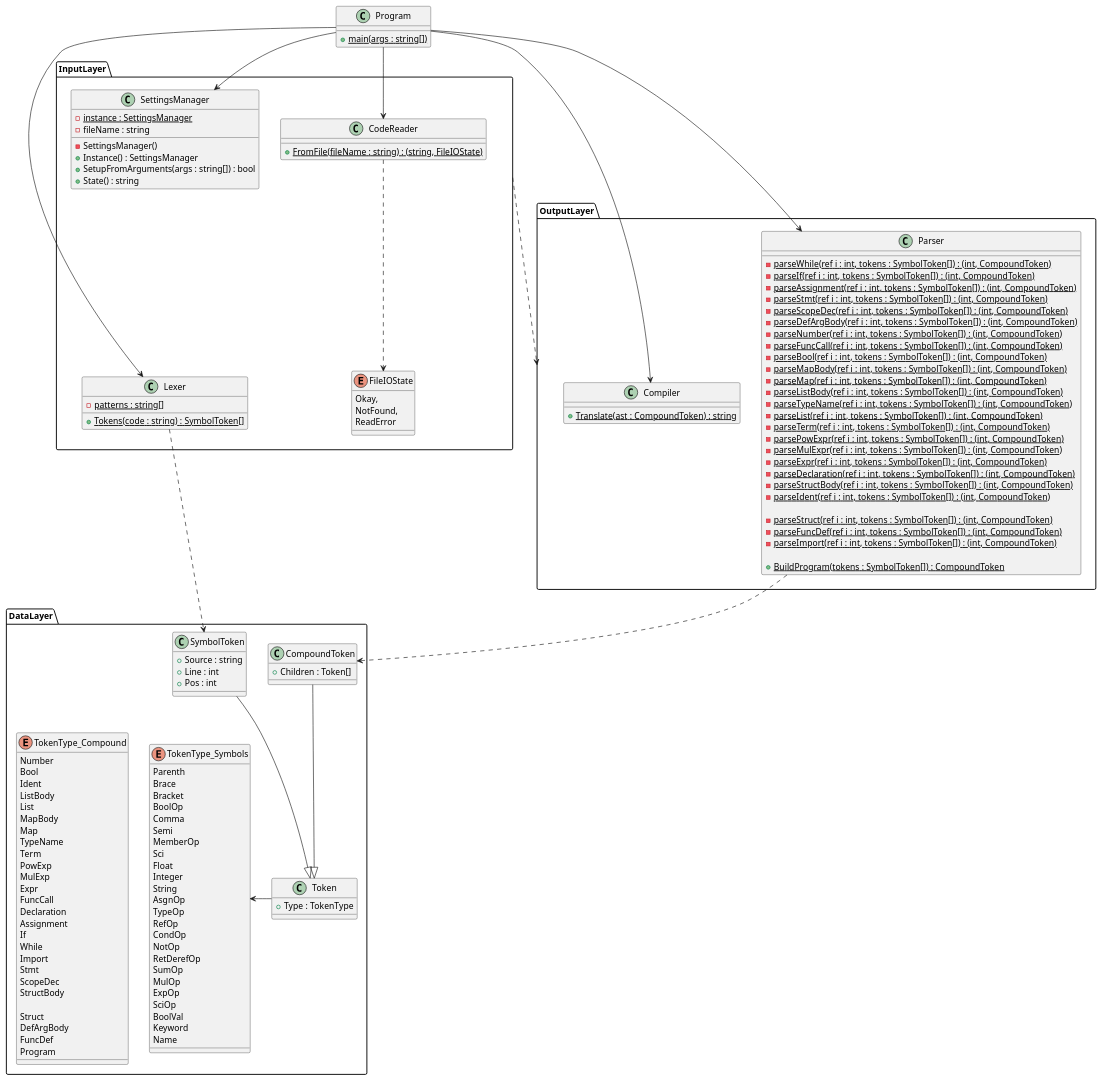
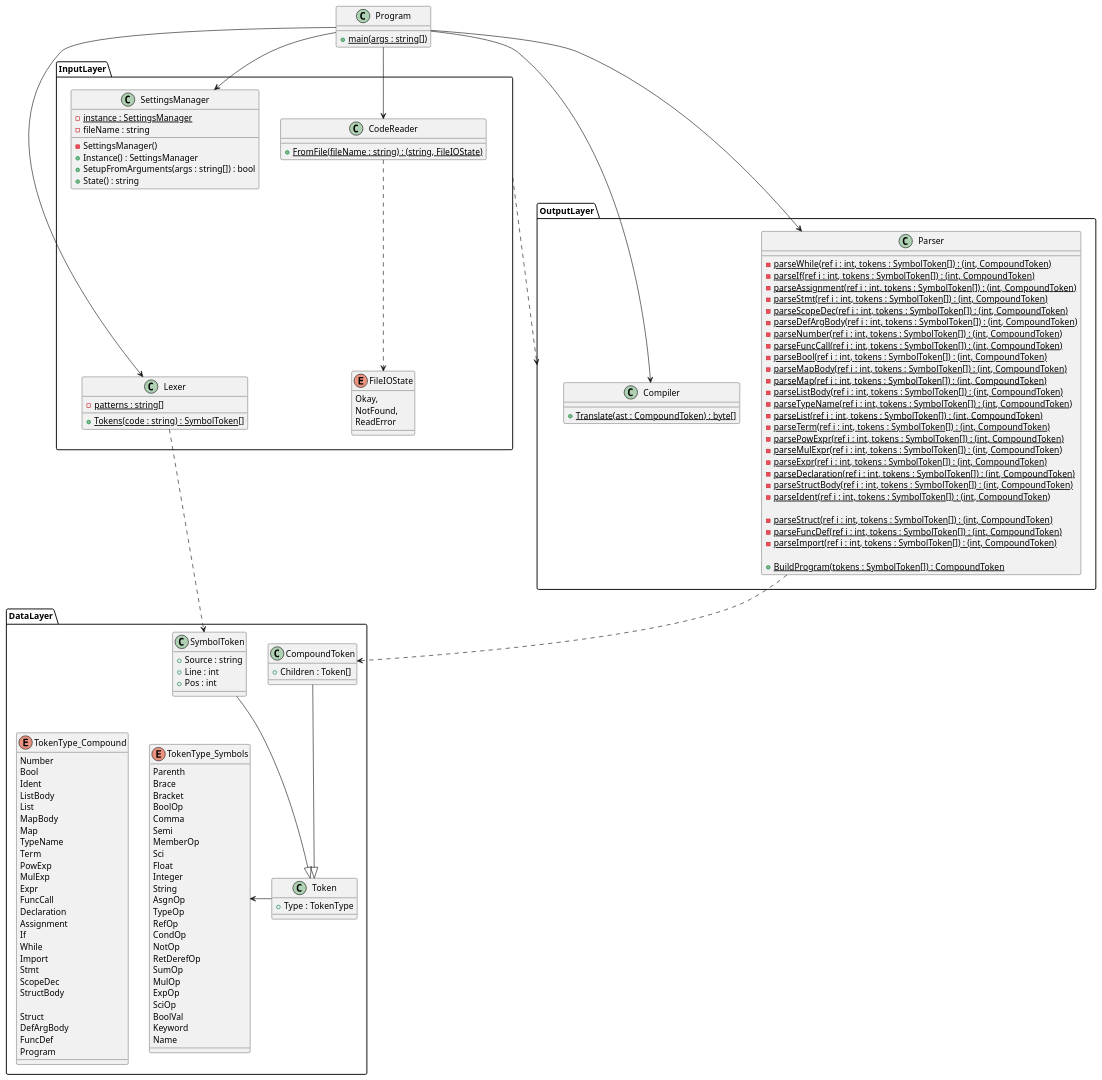
One commit to blueOkiris/dylan-script changed the diagram in docs/parser.plantuml. Above: the diagram before and after it, drawn with PlantUML. The commit also changed 2 other files, not shown here.

```diff
--- a/docs/parser.plantuml
+++ b/docs/parser.plantuml
@@ -1,162 +1,162 @@
 @startuml parser-class
 
 class Program {
     + {static} main(args : string[])
 }
 
 namespace DataLayer {
     enum TokenType_Symbols {
         Parenth
         Brace
         Bracket
         BoolOp
         Comma
         Semi
         MemberOp
         Sci
         Float
         Integer
         String
         AsgnOp
         TypeOp
         RefOp
         CondOp
         NotOp
         RetDerefOp
         SumOp
         MulOp
         ExpOp
         SciOp
         BoolVal
         Keyword
         Name
     }
 
     enum TokenType_Compound {
         Number
         Bool
         Ident
         ListBody
         List
         MapBody
         Map
         TypeName
         Term
         PowExp
         MulExp
         Expr
         FuncCall
         Declaration
         Assignment
         If
         While
         Import
         Stmt
         ScopeDec
         StructBody
 
         Struct
         DefArgBody
         FuncDef
         Program
     }
 
     class Token {
         + Type : TokenType
     }
 
     class SymbolToken {
         + Source : string
         + Line : int
         + Pos : int
     }
 
     class CompoundToken {
         + Children : Token[]
     }
 
     Token -l-> TokenType_Symbols
     TokenType_Compound -[hidden]> TokenType_Symbols
     SymbolToken -d-|> Token
     CompoundToken -d-|> Token
 
     SymbolToken -[hidden]> CompoundToken
 }
 
 namespace InputLayer {
     enum FileIOState {
         Okay,
         NotFound,
         ReadError
     }
 
     class SettingsManager {
         - {static} instance : SettingsManager
         - fileName : string
         
         - SettingsManager()
         + Instance() : SettingsManager
         + SetupFromArguments(args : string[]) : bool
         + State() : string
     }
 
     class CodeReader {
         + {static} FromFile(fileName : string) : (string, FileIOState)
     }
 
     class Lexer {
         - {static} patterns : string[]
         + {static} Tokens(code : string) : SymbolToken[]
     }
 
     CodeReader .d.> FileIOState
     SettingsManager -[hidden]-> Lexer
 }
 
 namespace OutputLayer {
     class Compiler {
-        + {static} Translate(ast : CompoundToken) : string
+        + {static} Translate(ast : CompoundToken) : byte[]
     }
 
     class Parser {
         - {static} parseWhile(ref i : int, tokens : SymbolToken[]) : (int, CompoundToken)
         - {static} parseIf(ref i : int, tokens : SymbolToken[]) : (int, CompoundToken)
         - {static} parseAssignment(ref i : int, tokens : SymbolToken[]) : (int, CompoundToken)
         - {static} parseStmt(ref i : int, tokens : SymbolToken[]) : (int, CompoundToken)
         - {static} parseScopeDec(ref i : int, tokens : SymbolToken[]) : (int, CompoundToken)
         - {static} parseDefArgBody(ref i : int, tokens : SymbolToken[]) : (int, CompoundToken)
         - {static} parseNumber(ref i : int, tokens : SymbolToken[]) : (int, CompoundToken)
         - {static} parseFuncCall(ref i : int, tokens : SymbolToken[]) : (int, CompoundToken)
         - {static} parseBool(ref i : int, tokens : SymbolToken[]) : (int, CompoundToken)
         - {static} parseMapBody(ref i : int, tokens : SymbolToken[]) : (int, CompoundToken)
         - {static} parseMap(ref i : int, tokens : SymbolToken[]) : (int, CompoundToken)
         - {static} parseListBody(ref i : int, tokens : SymbolToken[]) : (int, CompoundToken)
         - {static} parseTypeName(ref i : int, tokens : SymbolToken[]) : (int, CompoundToken)
         - {static} parseList(ref i : int, tokens : SymbolToken[]) : (int, CompoundToken)
         - {static} parseTerm(ref i : int, tokens : SymbolToken[]) : (int, CompoundToken)
         - {static} parsePowExpr(ref i : int, tokens : SymbolToken[]) : (int, CompoundToken)
         - {static} parseMulExpr(ref i : int, tokens : SymbolToken[]) : (int, CompoundToken)
         - {static} parseExpr(ref i : int, tokens : SymbolToken[]) : (int, CompoundToken)
         - {static} parseDeclaration(ref i : int, tokens : SymbolToken[]) : (int, CompoundToken)
         - {static} parseStructBody(ref i : int, tokens : SymbolToken[]) : (int, CompoundToken)
         - {static} parseIdent(ref i : int, tokens : SymbolToken[]) : (int, CompoundToken)
 
         - {static} parseStruct(ref i : int, tokens : SymbolToken[]) : (int, CompoundToken)
         - {static} parseFuncDef(ref i : int, tokens : SymbolToken[]) : (int, CompoundToken)
         - {static} parseImport(ref i : int, tokens : SymbolToken[]) : (int, CompoundToken)
 
         + {static} BuildProgram(tokens : SymbolToken[]) : CompoundToken
     }
 }
 
 Program --> InputLayer.SettingsManager
 Program --> InputLayer.CodeReader
 Program --> InputLayer.Lexer
 Program ---> OutputLayer.Parser
 Program ---> OutputLayer.Compiler
 InputLayer.Lexer .d.> DataLayer.SymbolToken
 OutputLayer.Parser .d.> DataLayer.CompoundToken
 
 InputLayer ..r.> OutputLayer
 
 @enduml
```
